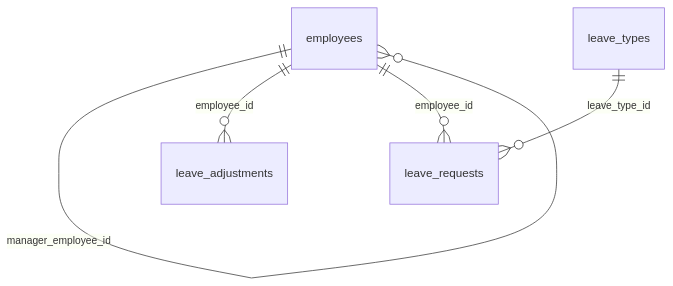
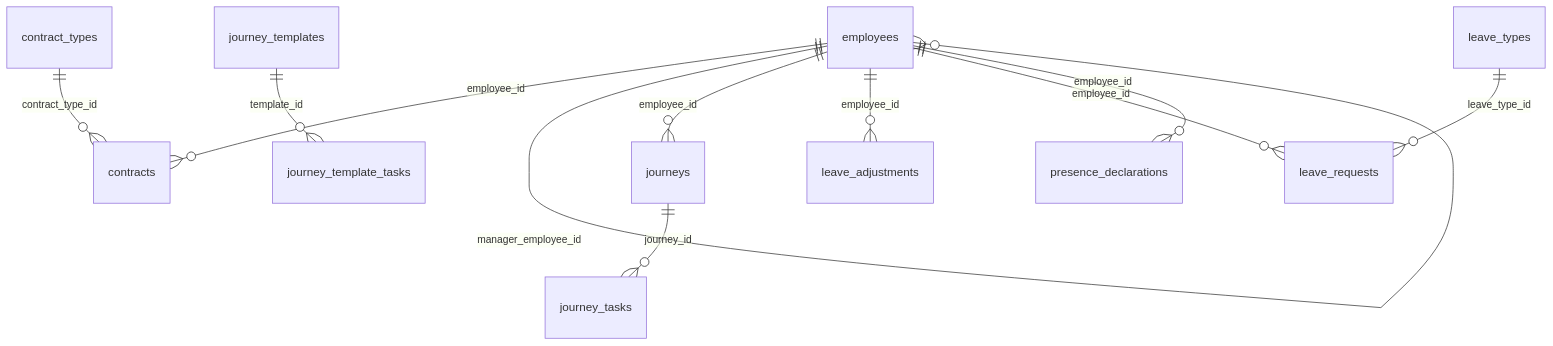
One commit to AshR-works/investally-business-platform changed the fourth of 5 diagrams in docs/base-de-donnees/DICTIONNAIRE.md. Above: the diagram before and after it, drawn with Mermaid. The commit also changed other lines of this file and 40 other files, not shown here.

````diff
--- a/docs/base-de-donnees/DICTIONNAIRE.md
+++ b/docs/base-de-donnees/DICTIONNAIRE.md
@@ -1213,7 +1213,13 @@
 ```mermaid
 erDiagram
+  contract_types ||--o{ contracts : "contract_type_id"
+  employees ||--o{ contracts : "employee_id"
   employees ||--o{ employees : "manager_employee_id"
+  journeys ||--o{ journey_tasks : "journey_id"
+  journey_templates ||--o{ journey_template_tasks : "template_id"
+  employees ||--o{ journeys : "employee_id"
   employees ||--o{ leave_adjustments : "employee_id"
   employees ||--o{ leave_requests : "employee_id"
   leave_types ||--o{ leave_requests : "leave_type_id"
+  employees ||--o{ presence_declarations : "employee_id"
 ```
````
